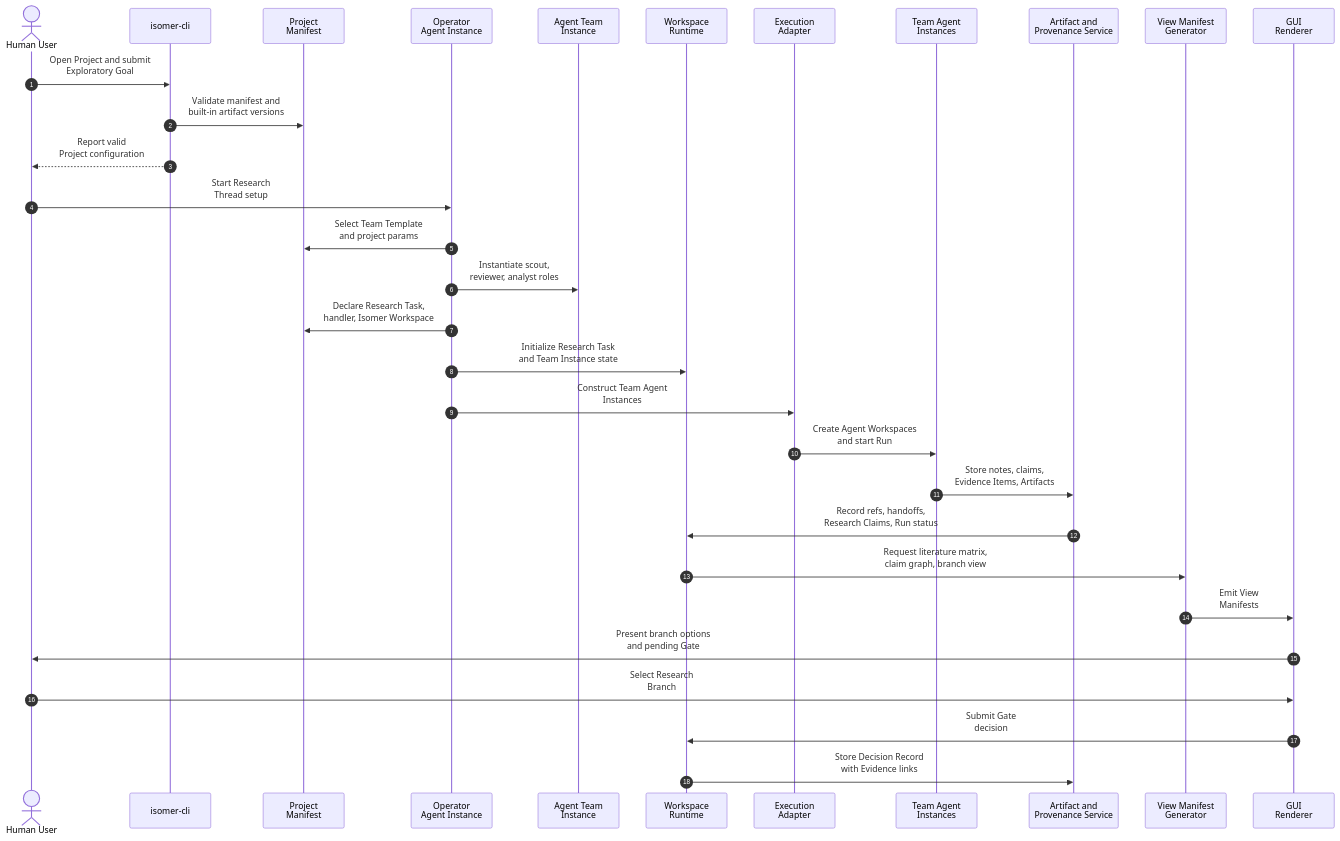
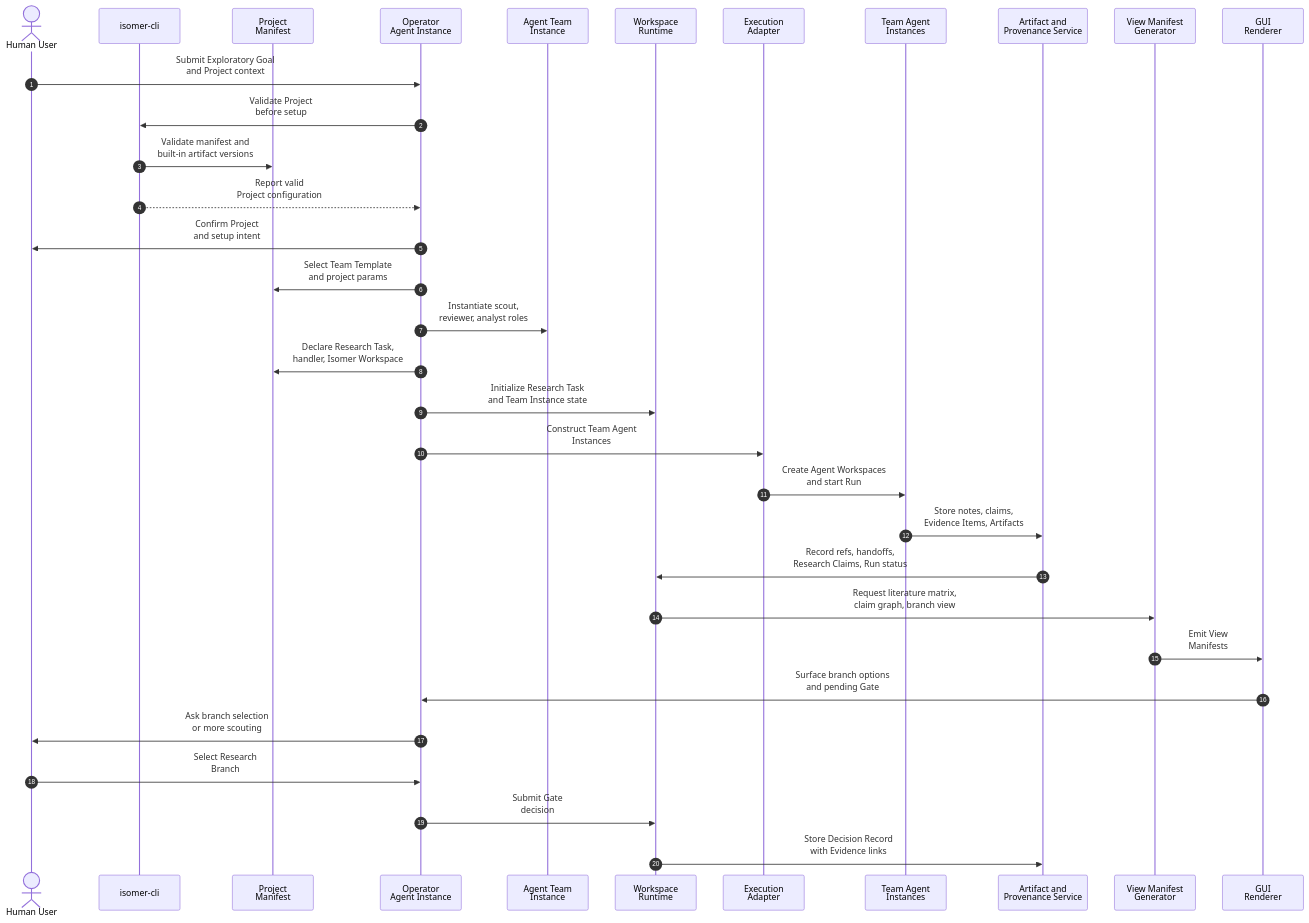
The second of 2 diagrams in .imsight-arts/project-explore/use-cases/uc-01-explore-new-research-direction.md (CodeGandee/isomer-labs), drawn with Mermaid before and after one commit. The commit also changed other lines of this file and 4 other files, not shown here.

````diff
--- a/.imsight-arts/project-explore/use-cases/uc-01-explore-new-research-direction.md
+++ b/.imsight-arts/project-explore/use-cases/uc-01-explore-new-research-direction.md
@@ -81,34 +83,36 @@
 ```mermaid
 sequenceDiagram
   autonumber
   actor User as Human User
   participant CLI as isomer-cli
   participant PM as Project<br/>Manifest
   participant Operator as Operator<br/>Agent Instance
   participant Team as Agent Team<br/>Instance
   participant Runtime as Workspace<br/>Runtime
   participant Adapter as Execution<br/>Adapter
   participant Agents as Team Agent<br/>Instances
   participant Provenance as Artifact and<br/>Provenance Service
   participant Views as View Manifest<br/>Generator
   participant GUI as GUI<br/>Renderer
 
-  User->>CLI: Open Project and submit<br/>Exploratory Goal
+  User->>Operator: Submit Exploratory Goal<br/>and Project context
+  Operator->>CLI: Validate Project<br/>before setup
   CLI->>PM: Validate manifest and<br/>built-in artifact versions
-  CLI-->>User: Report valid<br/>Project configuration
-  User->>Operator: Start Research<br/>Thread setup
+  CLI-->>Operator: Report valid<br/>Project configuration
+  Operator->>User: Confirm Project<br/>and setup intent
   Operator->>PM: Select Team Template<br/>and project params
   Operator->>Team: Instantiate scout,<br/>reviewer, analyst roles
   Operator->>PM: Declare Research Task,<br/>handler, Isomer Workspace
   Operator->>Runtime: Initialize Research Task<br/>and Team Instance state
   Operator->>Adapter: Construct Team Agent<br/>Instances
   Adapter->>Agents: Create Agent Workspaces<br/>and start Run
   Agents->>Provenance: Store notes, claims,<br/>Evidence Items, Artifacts
   Provenance->>Runtime: Record refs, handoffs,<br/>Research Claims, Run status
   Runtime->>Views: Request literature matrix,<br/>claim graph, branch view
   Views->>GUI: Emit View<br/>Manifests
-  GUI->>User: Present branch options<br/>and pending Gate
-  User->>GUI: Select Research<br/>Branch
-  GUI->>Runtime: Submit Gate<br/>decision
+  GUI->>Operator: Surface branch options<br/>and pending Gate
+  Operator->>User: Ask branch selection<br/>or more scouting
+  User->>Operator: Select Research<br/>Branch
+  Operator->>Runtime: Submit Gate<br/>decision
   Runtime->>Provenance: Store Decision Record<br/>with Evidence links
 ```
````
